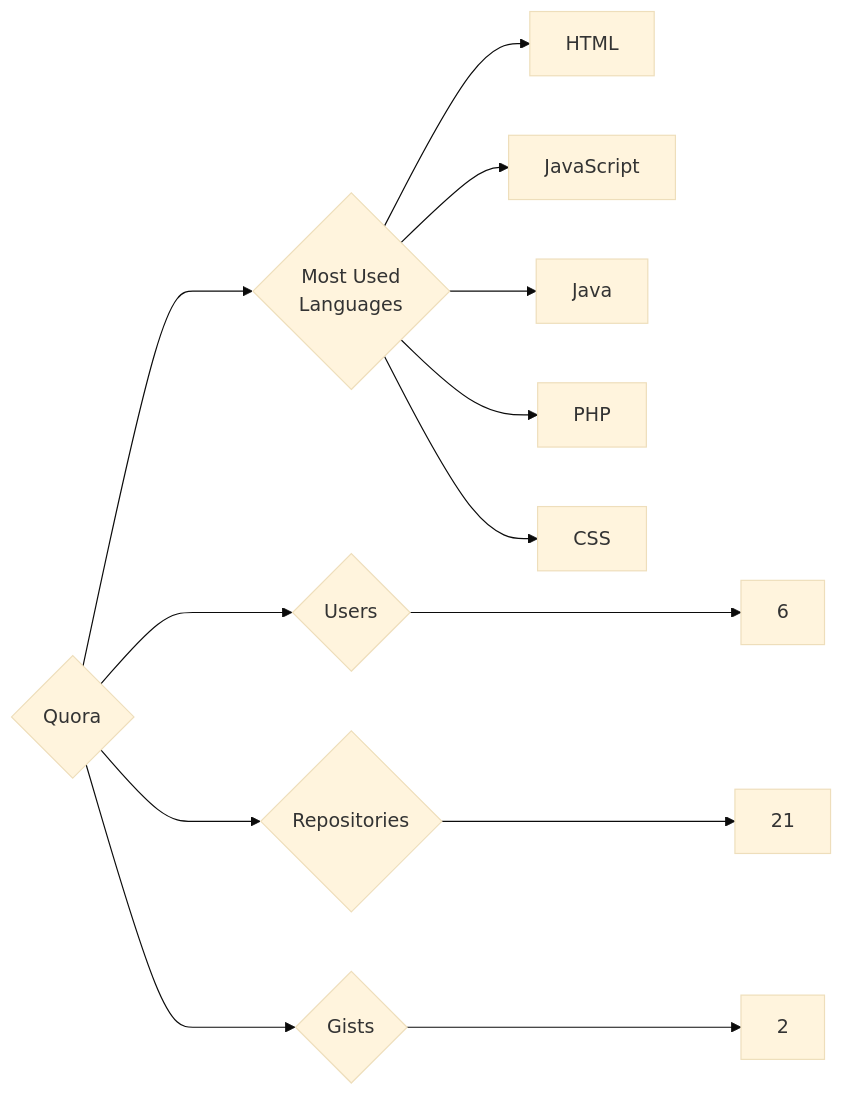
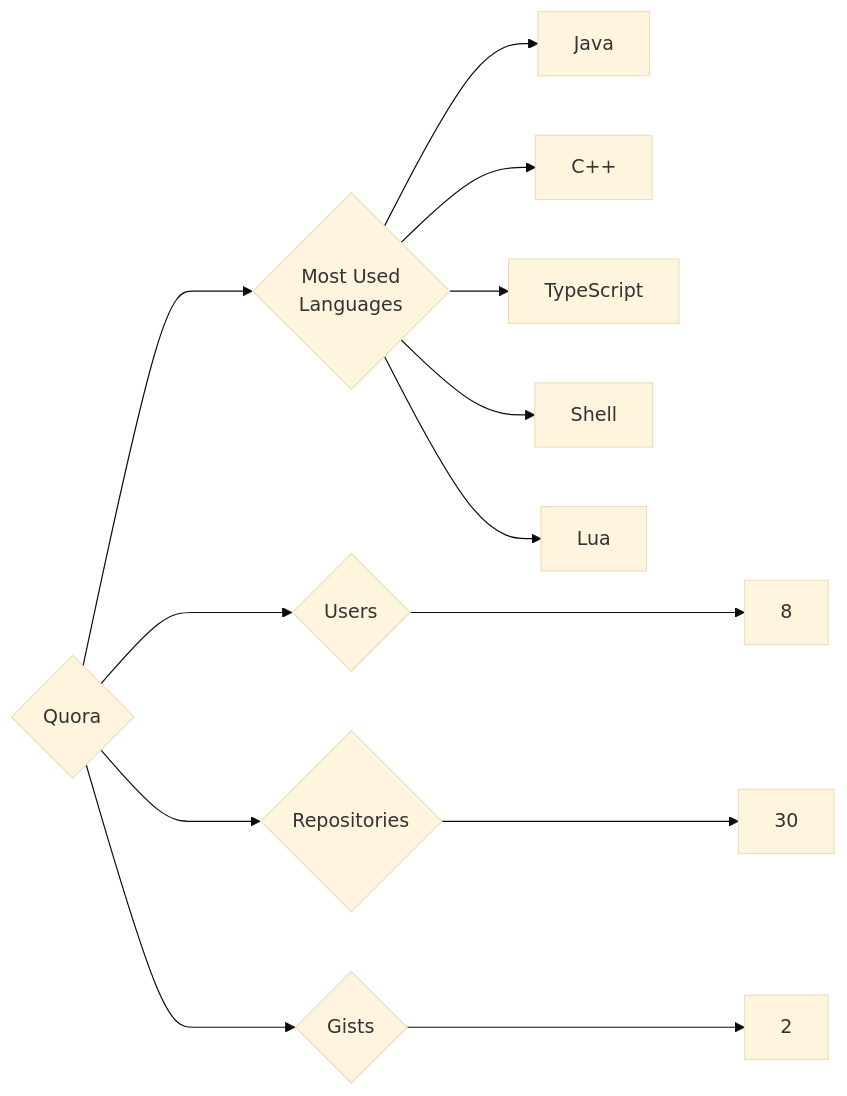
One commit to trickest/insiders changed the diagram in targets/Quora/README.md. Above: the diagram before and after it, drawn with Mermaid (base theme). The commit also changed 797 other files, not shown here.

````diff
--- a/targets/Quora/README.md
+++ b/targets/Quora/README.md
@@ -3,13 +3,13 @@
 ```mermaid
 graph LR
 COMPANY_NAME{Quora}
-COMPANY_NAME ---> U{Users} ---> UN[6]
-COMPANY_NAME ---> R{Repositories} ---> RN[21]
+COMPANY_NAME ---> U{Users} ---> UN[8]
+COMPANY_NAME ---> R{Repositories} ---> RN[30]
 COMPANY_NAME ---> G{Gists} ---> GN[2]
 COMPANY_NAME ---> ML{Most Used<br>Languages}
-ML --> HTML[HTML]
-ML --> JavaScript[JavaScript]
 ML --> Java[Java]
-ML --> PHP[PHP]
-ML --> CSS[CSS]
+ML --> C++[C++]
+ML --> TypeScript[TypeScript]
+ML --> Shell[Shell]
+ML --> Lua[Lua]
 ```
````
